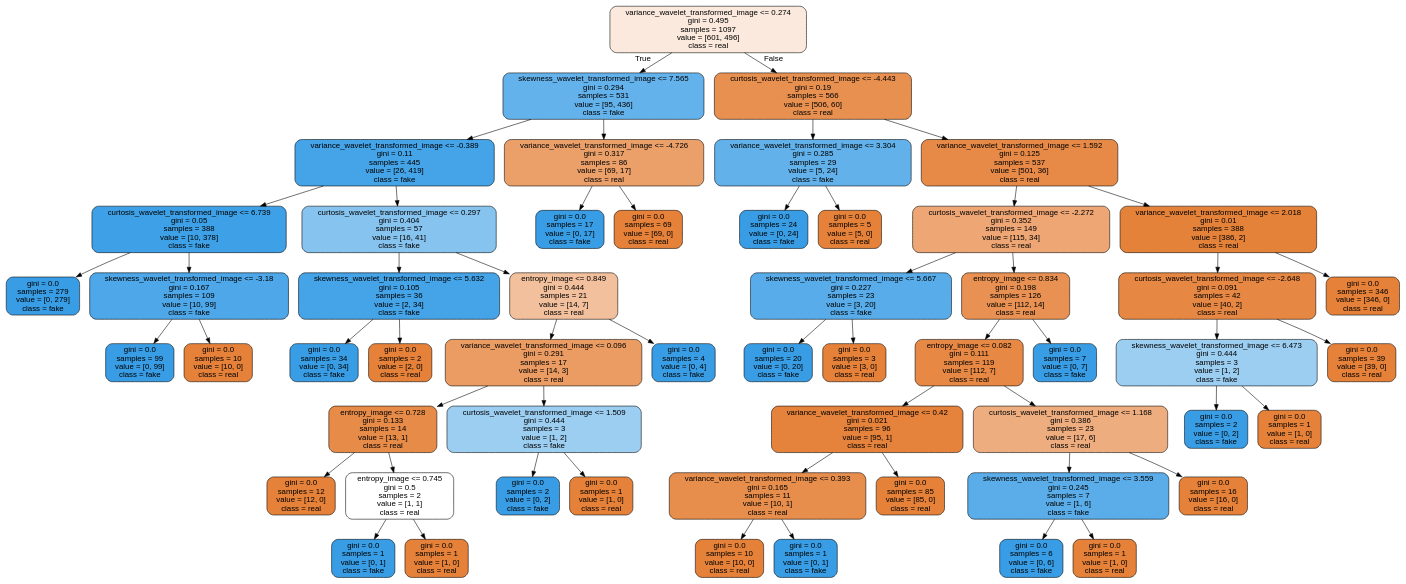
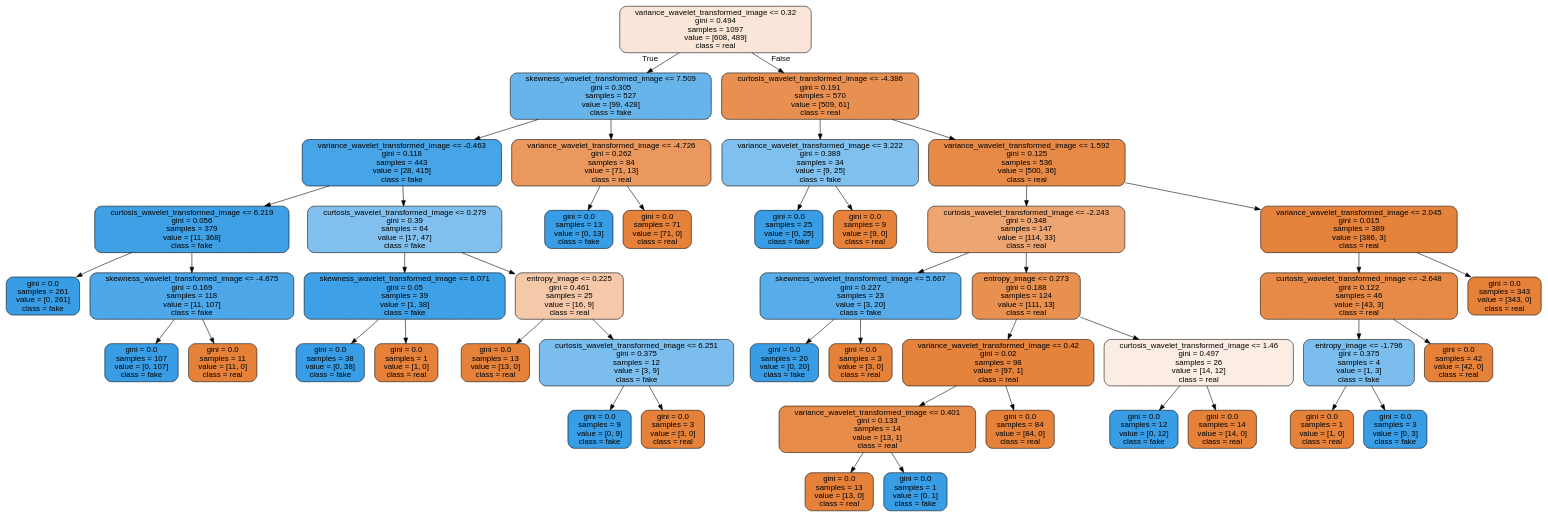
One commit to Farzaneh-prog/baummethoden changed the diagram in baummethoden/reports/figures/tree_bills.dot. Above: the diagram before and after it, drawn with Graphviz. The commit also changed 5 other files, not shown here.

```diff
--- a/baummethoden/reports/figures/tree_bills.dot
+++ b/baummethoden/reports/figures/tree_bills.dot
@@ -1,113 +1,93 @@
 digraph Tree {
 node [shape=box, style="filled, rounded", color="black", fontname=helvetica] ;
 edge [fontname=helvetica] ;
-0 [label="variance_wavelet_transformed_image <= 0.274\ngini = 0.495\nsamples = 1097\nvalue = [601, 496]\nclass = real", fillcolor="#fae9dc"] ;
-1 [label="skewness_wavelet_transformed_image <= 7.565\ngini = 0.294\nsamples = 531\nvalue = [95, 436]\nclass = fake", fillcolor="#64b2eb"] ;
+0 [label="variance_wavelet_transformed_image <= 0.32\ngini = 0.494\nsamples = 1097\nvalue = [608, 489]\nclass = real", fillcolor="#fae6d8"] ;
+1 [label="skewness_wavelet_transformed_image <= 7.509\ngini = 0.305\nsamples = 527\nvalue = [99, 428]\nclass = fake", fillcolor="#67b4eb"] ;
 0 -> 1 [labeldistance=2.5, labelangle=45, headlabel="True"] ;
-2 [label="variance_wavelet_transformed_image <= -0.389\ngini = 0.11\nsamples = 445\nvalue = [26, 419]\nclass = fake", fillcolor="#45a3e7"] ;
+2 [label="variance_wavelet_transformed_image <= -0.463\ngini = 0.118\nsamples = 443\nvalue = [28, 415]\nclass = fake", fillcolor="#46a4e7"] ;
 1 -> 2 ;
-3 [label="curtosis_wavelet_transformed_image <= 6.739\ngini = 0.05\nsamples = 388\nvalue = [10, 378]\nclass = fake", fillcolor="#3ea0e6"] ;
+3 [label="curtosis_wavelet_transformed_image <= 6.219\ngini = 0.056\nsamples = 379\nvalue = [11, 368]\nclass = fake", fillcolor="#3fa0e6"] ;
 2 -> 3 ;
-4 [label="gini = 0.0\nsamples = 279\nvalue = [0, 279]\nclass = fake", fillcolor="#399de5"] ;
+4 [label="gini = 0.0\nsamples = 261\nvalue = [0, 261]\nclass = fake", fillcolor="#399de5"] ;
 3 -> 4 ;
-5 [label="skewness_wavelet_transformed_image <= -3.18\ngini = 0.167\nsamples = 109\nvalue = [10, 99]\nclass = fake", fillcolor="#4da7e8"] ;
+5 [label="skewness_wavelet_transformed_image <= -4.675\ngini = 0.169\nsamples = 118\nvalue = [11, 107]\nclass = fake", fillcolor="#4da7e8"] ;
 3 -> 5 ;
-6 [label="gini = 0.0\nsamples = 99\nvalue = [0, 99]\nclass = fake", fillcolor="#399de5"] ;
+6 [label="gini = 0.0\nsamples = 107\nvalue = [0, 107]\nclass = fake", fillcolor="#399de5"] ;
 5 -> 6 ;
-7 [label="gini = 0.0\nsamples = 10\nvalue = [10, 0]\nclass = real", fillcolor="#e58139"] ;
+7 [label="gini = 0.0\nsamples = 11\nvalue = [11, 0]\nclass = real", fillcolor="#e58139"] ;
 5 -> 7 ;
-8 [label="curtosis_wavelet_transformed_image <= 0.297\ngini = 0.404\nsamples = 57\nvalue = [16, 41]\nclass = fake", fillcolor="#86c3ef"] ;
+8 [label="curtosis_wavelet_transformed_image <= 0.279\ngini = 0.39\nsamples = 64\nvalue = [17, 47]\nclass = fake", fillcolor="#81c0ee"] ;
 2 -> 8 ;
-9 [label="skewness_wavelet_transformed_image <= 5.632\ngini = 0.105\nsamples = 36\nvalue = [2, 34]\nclass = fake", fillcolor="#45a3e7"] ;
+9 [label="skewness_wavelet_transformed_image <= 6.071\ngini = 0.05\nsamples = 39\nvalue = [1, 38]\nclass = fake", fillcolor="#3ea0e6"] ;
 8 -> 9 ;
-10 [label="gini = 0.0\nsamples = 34\nvalue = [0, 34]\nclass = fake", fillcolor="#399de5"] ;
+10 [label="gini = 0.0\nsamples = 38\nvalue = [0, 38]\nclass = fake", fillcolor="#399de5"] ;
 9 -> 10 ;
-11 [label="gini = 0.0\nsamples = 2\nvalue = [2, 0]\nclass = real", fillcolor="#e58139"] ;
+11 [label="gini = 0.0\nsamples = 1\nvalue = [1, 0]\nclass = real", fillcolor="#e58139"] ;
 9 -> 11 ;
-12 [label="entropy_image <= 0.849\ngini = 0.444\nsamples = 21\nvalue = [14, 7]\nclass = real", fillcolor="#f2c09c"] ;
+12 [label="entropy_image <= 0.225\ngini = 0.461\nsamples = 25\nvalue = [16, 9]\nclass = real", fillcolor="#f4c8a8"] ;
 8 -> 12 ;
-13 [label="variance_wavelet_transformed_image <= 0.096\ngini = 0.291\nsamples = 17\nvalue = [14, 3]\nclass = real", fillcolor="#eb9c63"] ;
+13 [label="gini = 0.0\nsamples = 13\nvalue = [13, 0]\nclass = real", fillcolor="#e58139"] ;
 12 -> 13 ;
-14 [label="entropy_image <= 0.728\ngini = 0.133\nsamples = 14\nvalue = [13, 1]\nclass = real", fillcolor="#e78b48"] ;
-13 -> 14 ;
-15 [label="gini = 0.0\nsamples = 12\nvalue = [12, 0]\nclass = real", fillcolor="#e58139"] ;
+14 [label="curtosis_wavelet_transformed_image <= 6.251\ngini = 0.375\nsamples = 12\nvalue = [3, 9]\nclass = fake", fillcolor="#7bbeee"] ;
+12 -> 14 ;
+15 [label="gini = 0.0\nsamples = 9\nvalue = [0, 9]\nclass = fake", fillcolor="#399de5"] ;
 14 -> 15 ;
-16 [label="entropy_image <= 0.745\ngini = 0.5\nsamples = 2\nvalue = [1, 1]\nclass = real", fillcolor="#ffffff"] ;
+16 [label="gini = 0.0\nsamples = 3\nvalue = [3, 0]\nclass = real", fillcolor="#e58139"] ;
 14 -> 16 ;
-17 [label="gini = 0.0\nsamples = 1\nvalue = [0, 1]\nclass = fake", fillcolor="#399de5"] ;
-16 -> 17 ;
-18 [label="gini = 0.0\nsamples = 1\nvalue = [1, 0]\nclass = real", fillcolor="#e58139"] ;
-16 -> 18 ;
-19 [label="curtosis_wavelet_transformed_image <= 1.509\ngini = 0.444\nsamples = 3\nvalue = [1, 2]\nclass = fake", fillcolor="#9ccef2"] ;
-13 -> 19 ;
-20 [label="gini = 0.0\nsamples = 2\nvalue = [0, 2]\nclass = fake", fillcolor="#399de5"] ;
-19 -> 20 ;
-21 [label="gini = 0.0\nsamples = 1\nvalue = [1, 0]\nclass = real", fillcolor="#e58139"] ;
-19 -> 21 ;
-22 [label="gini = 0.0\nsamples = 4\nvalue = [0, 4]\nclass = fake", fillcolor="#399de5"] ;
-12 -> 22 ;
-23 [label="variance_wavelet_transformed_image <= -4.726\ngini = 0.317\nsamples = 86\nvalue = [69, 17]\nclass = real", fillcolor="#eba06a"] ;
-1 -> 23 ;
-24 [label="gini = 0.0\nsamples = 17\nvalue = [0, 17]\nclass = fake", fillcolor="#399de5"] ;
-23 -> 24 ;
-25 [label="gini = 0.0\nsamples = 69\nvalue = [69, 0]\nclass = real", fillcolor="#e58139"] ;
-23 -> 25 ;
-26 [label="curtosis_wavelet_transformed_image <= -4.443\ngini = 0.19\nsamples = 566\nvalue = [506, 60]\nclass = real", fillcolor="#e89050"] ;
-0 -> 26 [labeldistance=2.5, labelangle=-45, headlabel="False"] ;
-27 [label="variance_wavelet_transformed_image <= 3.304\ngini = 0.285\nsamples = 29\nvalue = [5, 24]\nclass = fake", fillcolor="#62b1ea"] ;
+17 [label="variance_wavelet_transformed_image <= -4.726\ngini = 0.262\nsamples = 84\nvalue = [71, 13]\nclass = real", fillcolor="#ea985d"] ;
+1 -> 17 ;
+18 [label="gini = 0.0\nsamples = 13\nvalue = [0, 13]\nclass = fake", fillcolor="#399de5"] ;
+17 -> 18 ;
+19 [label="gini = 0.0\nsamples = 71\nvalue = [71, 0]\nclass = real", fillcolor="#e58139"] ;
+17 -> 19 ;
+20 [label="curtosis_wavelet_transformed_image <= -4.386\ngini = 0.191\nsamples = 570\nvalue = [509, 61]\nclass = real", fillcolor="#e89051"] ;
+0 -> 20 [labeldistance=2.5, labelangle=-45, headlabel="False"] ;
+21 [label="variance_wavelet_transformed_image <= 3.222\ngini = 0.389\nsamples = 34\nvalue = [9, 25]\nclass = fake", fillcolor="#80c0ee"] ;
+20 -> 21 ;
+22 [label="gini = 0.0\nsamples = 25\nvalue = [0, 25]\nclass = fake", fillcolor="#399de5"] ;
+21 -> 22 ;
+23 [label="gini = 0.0\nsamples = 9\nvalue = [9, 0]\nclass = real", fillcolor="#e58139"] ;
+21 -> 23 ;
+24 [label="variance_wavelet_transformed_image <= 1.592\ngini = 0.125\nsamples = 536\nvalue = [500, 36]\nclass = real", fillcolor="#e78a47"] ;
+20 -> 24 ;
+25 [label="curtosis_wavelet_transformed_image <= -2.243\ngini = 0.348\nsamples = 147\nvalue = [114, 33]\nclass = real", fillcolor="#eda572"] ;
+24 -> 25 ;
+26 [label="skewness_wavelet_transformed_image <= 5.667\ngini = 0.227\nsamples = 23\nvalue = [3, 20]\nclass = fake", fillcolor="#57ace9"] ;
+25 -> 26 ;
+27 [label="gini = 0.0\nsamples = 20\nvalue = [0, 20]\nclass = fake", fillcolor="#399de5"] ;
 26 -> 27 ;
-28 [label="gini = 0.0\nsamples = 24\nvalue = [0, 24]\nclass = fake", fillcolor="#399de5"] ;
-27 -> 28 ;
-29 [label="gini = 0.0\nsamples = 5\nvalue = [5, 0]\nclass = real", fillcolor="#e58139"] ;
-27 -> 29 ;
-30 [label="variance_wavelet_transformed_image <= 1.592\ngini = 0.125\nsamples = 537\nvalue = [501, 36]\nclass = real", fillcolor="#e78a47"] ;
-26 -> 30 ;
-31 [label="curtosis_wavelet_transformed_image <= -2.272\ngini = 0.352\nsamples = 149\nvalue = [115, 34]\nclass = real", fillcolor="#eda674"] ;
+28 [label="gini = 0.0\nsamples = 3\nvalue = [3, 0]\nclass = real", fillcolor="#e58139"] ;
+26 -> 28 ;
+29 [label="entropy_image <= 0.273\ngini = 0.188\nsamples = 124\nvalue = [111, 13]\nclass = real", fillcolor="#e89050"] ;
+25 -> 29 ;
+30 [label="variance_wavelet_transformed_image <= 0.42\ngini = 0.02\nsamples = 98\nvalue = [97, 1]\nclass = real", fillcolor="#e5823b"] ;
+29 -> 30 ;
+31 [label="variance_wavelet_transformed_image <= 0.401\ngini = 0.133\nsamples = 14\nvalue = [13, 1]\nclass = real", fillcolor="#e78b48"] ;
 30 -> 31 ;
-32 [label="skewness_wavelet_transformed_image <= 5.667\ngini = 0.227\nsamples = 23\nvalue = [3, 20]\nclass = fake", fillcolor="#57ace9"] ;
+32 [label="gini = 0.0\nsamples = 13\nvalue = [13, 0]\nclass = real", fillcolor="#e58139"] ;
 31 -> 32 ;
-33 [label="gini = 0.0\nsamples = 20\nvalue = [0, 20]\nclass = fake", fillcolor="#399de5"] ;
-32 -> 33 ;
-34 [label="gini = 0.0\nsamples = 3\nvalue = [3, 0]\nclass = real", fillcolor="#e58139"] ;
-32 -> 34 ;
-35 [label="entropy_image <= 0.834\ngini = 0.198\nsamples = 126\nvalue = [112, 14]\nclass = real", fillcolor="#e89152"] ;
-31 -> 35 ;
-36 [label="entropy_image <= 0.082\ngini = 0.111\nsamples = 119\nvalue = [112, 7]\nclass = real", fillcolor="#e78945"] ;
+33 [label="gini = 0.0\nsamples = 1\nvalue = [0, 1]\nclass = fake", fillcolor="#399de5"] ;
+31 -> 33 ;
+34 [label="gini = 0.0\nsamples = 84\nvalue = [84, 0]\nclass = real", fillcolor="#e58139"] ;
+30 -> 34 ;
+35 [label="curtosis_wavelet_transformed_image <= 1.46\ngini = 0.497\nsamples = 26\nvalue = [14, 12]\nclass = real", fillcolor="#fbede3"] ;
+29 -> 35 ;
+36 [label="gini = 0.0\nsamples = 12\nvalue = [0, 12]\nclass = fake", fillcolor="#399de5"] ;
 35 -> 36 ;
-37 [label="variance_wavelet_transformed_image <= 0.42\ngini = 0.021\nsamples = 96\nvalue = [95, 1]\nclass = real", fillcolor="#e5823b"] ;
-36 -> 37 ;
-38 [label="variance_wavelet_transformed_image <= 0.393\ngini = 0.165\nsamples = 11\nvalue = [10, 1]\nclass = real", fillcolor="#e88e4d"] ;
-37 -> 38 ;
-39 [label="gini = 0.0\nsamples = 10\nvalue = [10, 0]\nclass = real", fillcolor="#e58139"] ;
+37 [label="gini = 0.0\nsamples = 14\nvalue = [14, 0]\nclass = real", fillcolor="#e58139"] ;
+35 -> 37 ;
+38 [label="variance_wavelet_transformed_image <= 2.045\ngini = 0.015\nsamples = 389\nvalue = [386, 3]\nclass = real", fillcolor="#e5823b"] ;
+24 -> 38 ;
+39 [label="curtosis_wavelet_transformed_image <= -2.648\ngini = 0.122\nsamples = 46\nvalue = [43, 3]\nclass = real", fillcolor="#e78a47"] ;
 38 -> 39 ;
-40 [label="gini = 0.0\nsamples = 1\nvalue = [0, 1]\nclass = fake", fillcolor="#399de5"] ;
-38 -> 40 ;
-41 [label="gini = 0.0\nsamples = 85\nvalue = [85, 0]\nclass = real", fillcolor="#e58139"] ;
-37 -> 41 ;
-42 [label="curtosis_wavelet_transformed_image <= 1.168\ngini = 0.386\nsamples = 23\nvalue = [17, 6]\nclass = real", fillcolor="#eead7f"] ;
-36 -> 42 ;
-43 [label="skewness_wavelet_transformed_image <= 3.559\ngini = 0.245\nsamples = 7\nvalue = [1, 6]\nclass = fake", fillcolor="#5aade9"] ;
-42 -> 43 ;
-44 [label="gini = 0.0\nsamples = 6\nvalue = [0, 6]\nclass = fake", fillcolor="#399de5"] ;
-43 -> 44 ;
-45 [label="gini = 0.0\nsamples = 1\nvalue = [1, 0]\nclass = real", fillcolor="#e58139"] ;
-43 -> 45 ;
-46 [label="gini = 0.0\nsamples = 16\nvalue = [16, 0]\nclass = real", fillcolor="#e58139"] ;
-42 -> 46 ;
-47 [label="gini = 0.0\nsamples = 7\nvalue = [0, 7]\nclass = fake", fillcolor="#399de5"] ;
-35 -> 47 ;
-48 [label="variance_wavelet_transformed_image <= 2.018\ngini = 0.01\nsamples = 388\nvalue = [386, 2]\nclass = real", fillcolor="#e5823a"] ;
-30 -> 48 ;
-49 [label="curtosis_wavelet_transformed_image <= -2.648\ngini = 0.091\nsamples = 42\nvalue = [40, 2]\nclass = real", fillcolor="#e68743"] ;
-48 -> 49 ;
-50 [label="skewness_wavelet_transformed_image <= 6.473\ngini = 0.444\nsamples = 3\nvalue = [1, 2]\nclass = fake", fillcolor="#9ccef2"] ;
-49 -> 50 ;
-51 [label="gini = 0.0\nsamples = 2\nvalue = [0, 2]\nclass = fake", fillcolor="#399de5"] ;
-50 -> 51 ;
-52 [label="gini = 0.0\nsamples = 1\nvalue = [1, 0]\nclass = real", fillcolor="#e58139"] ;
-50 -> 52 ;
-53 [label="gini = 0.0\nsamples = 39\nvalue = [39, 0]\nclass = real", fillcolor="#e58139"] ;
-49 -> 53 ;
-54 [label="gini = 0.0\nsamples = 346\nvalue = [346, 0]\nclass = real", fillcolor="#e58139"] ;
-48 -> 54 ;
+40 [label="entropy_image <= -1.796\ngini = 0.375\nsamples = 4\nvalue = [1, 3]\nclass = fake", fillcolor="#7bbeee"] ;
+39 -> 40 ;
+41 [label="gini = 0.0\nsamples = 1\nvalue = [1, 0]\nclass = real", fillcolor="#e58139"] ;
+40 -> 41 ;
+42 [label="gini = 0.0\nsamples = 3\nvalue = [0, 3]\nclass = fake", fillcolor="#399de5"] ;
+40 -> 42 ;
+43 [label="gini = 0.0\nsamples = 42\nvalue = [42, 0]\nclass = real", fillcolor="#e58139"] ;
+39 -> 43 ;
+44 [label="gini = 0.0\nsamples = 343\nvalue = [343, 0]\nclass = real", fillcolor="#e58139"] ;
+38 -> 44 ;
 }
```
